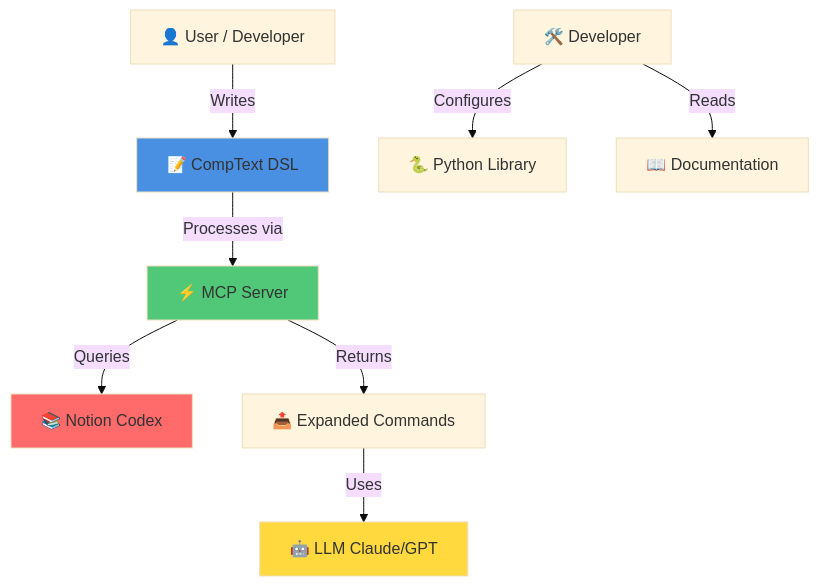
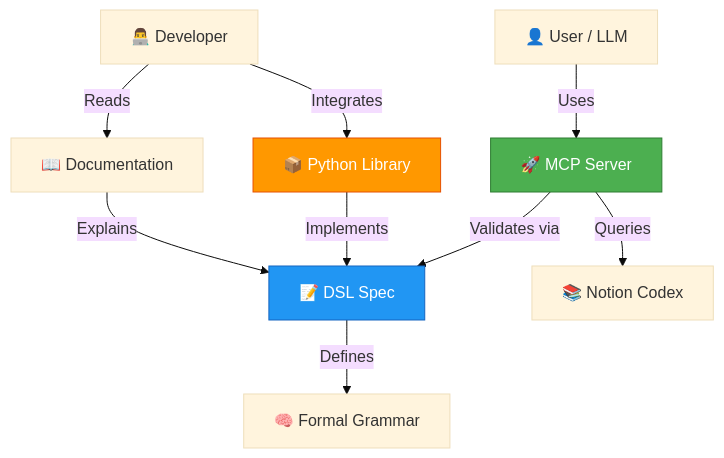
Before and after one commit to ProfRandom92/comptext: the diagram in README.md, drawn with Mermaid (base theme). The commit also changed other lines of this file, not shown here.

Commit message:
docs: add ecosystem overview with Mermaid diagram and status table

````diff
--- a/README.md
+++ b/README.md
@@ -34,16 +12,18 @@
 ```mermaid
-graph TB
-    User[👤 User / Developer] -->|Writes| DSL[📝 CompText DSL]
-    DSL -->|Processes via| MCP[⚡ MCP Server]
-    MCP -->|Queries| Codex[📚 Notion Codex]
-    MCP -->|Returns| Expansion[📤 Expanded Commands]
-    Expansion -->|Uses| LLM[🤖 LLM Claude/GPT]
+graph TD
+    User[👤 User / LLM] -->|Uses| MCP[🚀 MCP Server]
+    Developer[👨‍💻 Developer] -->|Integrates| Lib[📦 Python Library]
 
-    Dev[🛠️ Developer] -->|Configures| Lib[🐍 Python Library]
-    Dev -->|Reads| Docs[📖 Documentation]
+    MCP -->|Validates via| DSL[📝 DSL Spec]
+    Lib -->|Implements| DSL
 
-    style DSL fill:#4A90E2
-    style MCP fill:#50C878
-    style Codex fill:#FF6B6B
-    style LLM fill:#FFD93D
+    MCP -->|Queries| Notion[📚 Notion Codex]
+    Developer -->|Reads| Docs[📖 Documentation]
+
+    DSL -->|Defines| Grammar[🧠 Formal Grammar]
+    Docs -->|Explains| DSL
+
+    style MCP fill:#4CAF50,stroke:#2E7D32,color:#fff
+    style DSL fill:#2196F3,stroke:#1565C0,color:#fff
+    style Lib fill:#FF9800,stroke:#E65100,color:#fff
 ```
````
